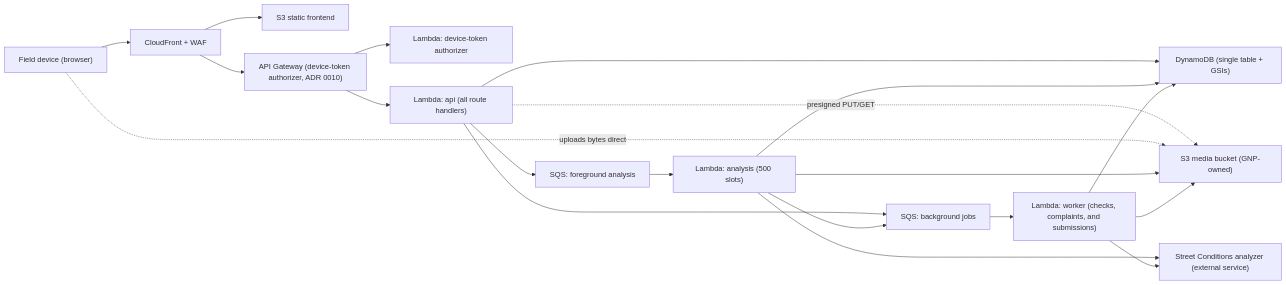
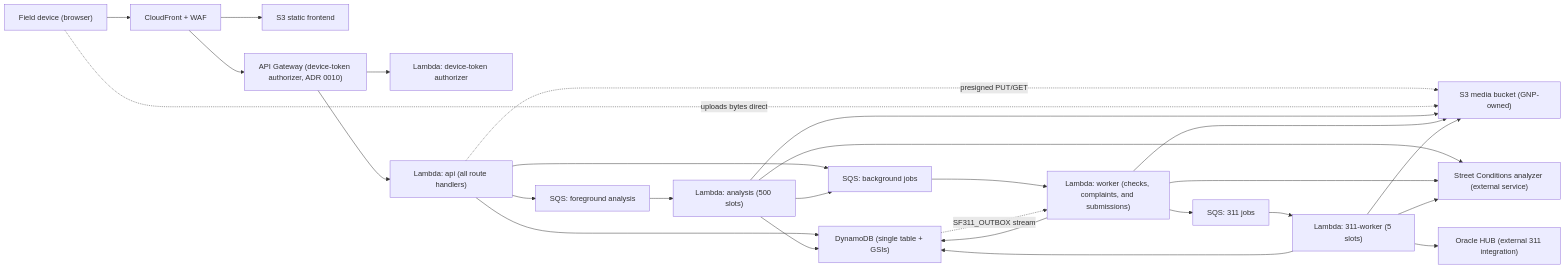
The first of 2 diagrams in docs/architecture.md (Mayor-s-Office-of-Innovation/good-neighbor-app), drawn with Mermaid before and after one commit. The commit also changed other lines of this file and 34 other files, not shown here.

````diff
--- a/docs/architecture.md
+++ b/docs/architecture.md
@@ -5,22 +5,29 @@
 ```mermaid
 flowchart LR
   user["Field device (browser)"] --> cloudfront["CloudFront + WAF"]
   cloudfront --> frontend["S3 static frontend"]
   cloudfront --> api["API Gateway (device-token authorizer, ADR 0010)"]
   api --> authorizer["Lambda: device-token authorizer"]
   api --> checks["Lambda: api (all route handlers)"]
   checks --> dynamodb["DynamoDB (single table + GSIs)"]
   checks -. presigned PUT/GET .-> media["S3 media bucket (GNP-owned)"]
   user -. uploads bytes direct .-> media
   checks --> sqs["SQS: background jobs"]
   checks --> analysisQueue["SQS: foreground analysis"]
   analysisQueue --> analysisWorker["Lambda: analysis (500 slots)"]
   analysisWorker --> media
   analysisWorker --> dynamodb
   analysisWorker --> analyzer
   analysisWorker --> sqs
   sqs --> worker["Lambda: worker (checks, complaints, and submissions)"]
   worker --> media
   worker --> dynamodb
   worker --> analyzer["Street Conditions analyzer (external service)"]
+  dynamodb -. SF311_OUTBOX stream .-> worker
+  worker --> sf311Queue["SQS: 311 jobs"]
+  sf311Queue --> sf311Worker["Lambda: 311-worker (5 slots)"]
+  sf311Worker --> dynamodb
+  sf311Worker --> media
+  sf311Worker --> analyzer
+  sf311Worker --> hub["Oracle HUB (external 311 integration)"]
 ```
````
